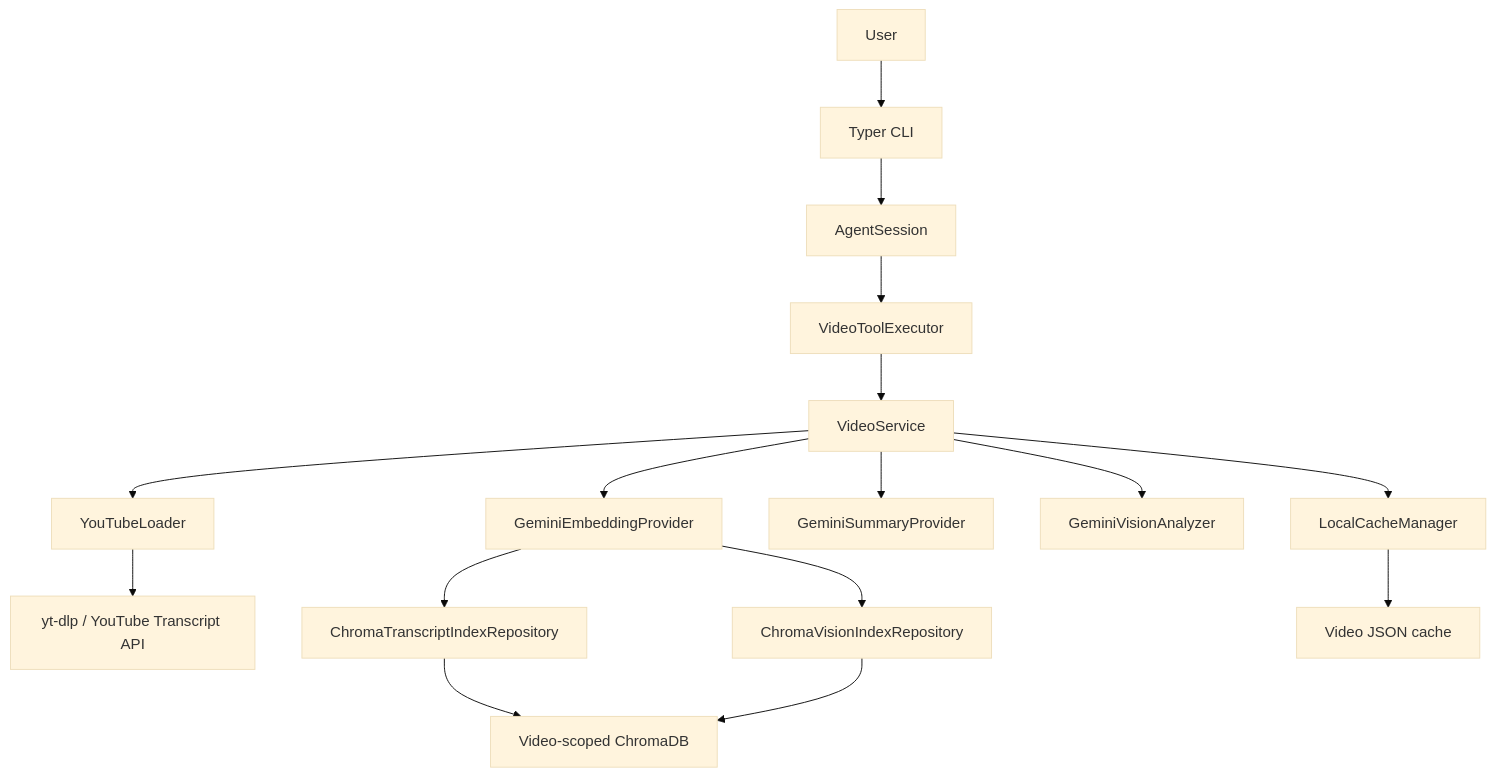
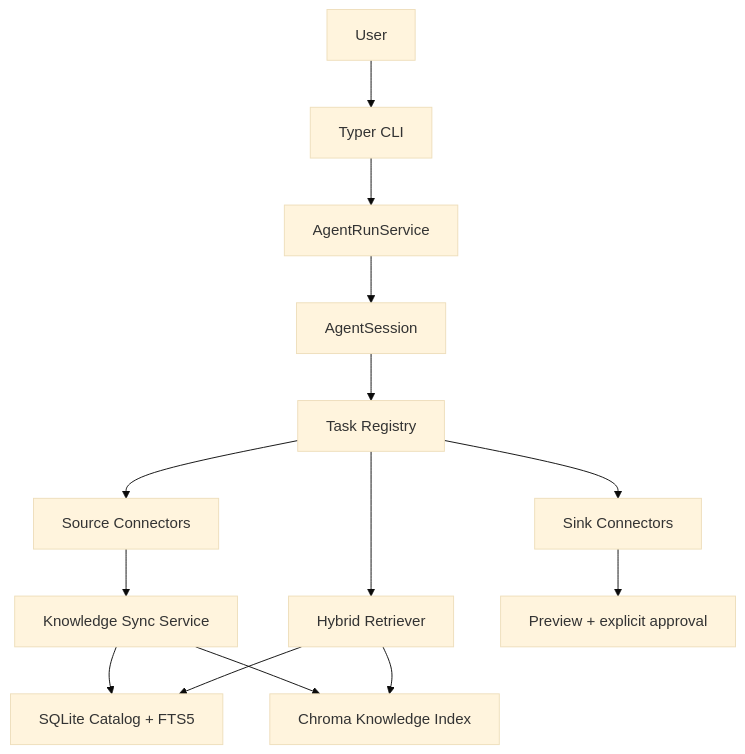
Before and after one commit to kwangsung-ha/jesse-agent: the first of 2 diagrams in docs/design.md, drawn with Mermaid (base theme). The commit also changed other lines of this file and 2 other files, not shown here.

Commit message:
docs: define extensible agent task boundaries

````diff
--- a/docs/design.md
+++ b/docs/design.md
@@ -9,18 +8,16 @@
 ```mermaid
 graph TD
     User[User] --> CLI[Typer CLI]
-    CLI --> Agent[AgentSession]
-    Agent --> Tools[VideoToolExecutor]
-    Tools --> Service[VideoService]
-    Service --> Cache[LocalCacheManager]
-    Service --> Loader[YouTubeLoader]
-    Loader --> YT[yt-dlp / YouTube Transcript API]
-    Service --> Summary[GeminiSummaryProvider]
-    Service --> Vision[GeminiVisionAnalyzer]
-    Service --> Embed[GeminiEmbeddingProvider]
-    Embed --> TextRepo[ChromaTranscriptIndexRepository]
-    Embed --> VisionRepo[ChromaVisionIndexRepository]
-    Cache --> JSON[Video JSON cache]
-    TextRepo --> Chroma[Video-scoped ChromaDB]
-    VisionRepo --> Chroma
+    CLI --> RunService[AgentRunService]
+    RunService --> Agent[AgentSession]
+    Agent --> Tasks[Task Registry]
+    Tasks --> Sources[Source Connectors]
+    Sources --> Sync[Knowledge Sync Service]
+    Sync --> Catalog[SQLite Catalog + FTS5]
+    Sync --> Vectors[Chroma Knowledge Index]
+    Tasks --> Retrieve[Hybrid Retriever]
+    Retrieve --> Catalog
+    Retrieve --> Vectors
+    Tasks --> Sinks[Sink Connectors]
+    Sinks --> Approval[Preview + explicit approval]
 ```
````
